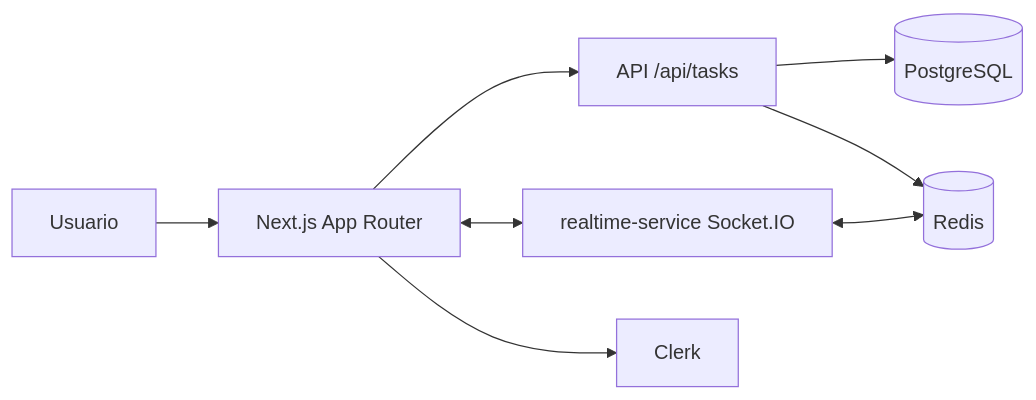
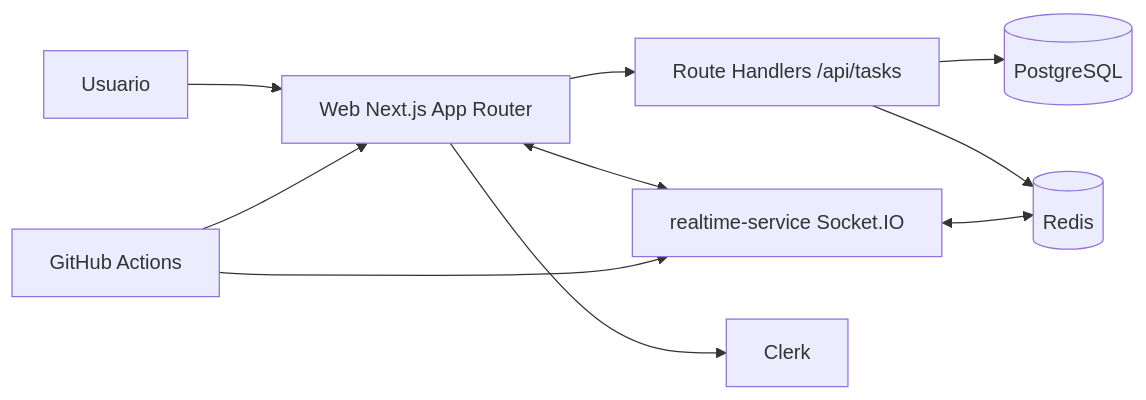
Before and after one commit to Articrafter93/2-pulseboard-kanban-linear: the diagram in README.md, drawn with Mermaid. The commit also changed other lines of this file and 18 other files, not shown here.

````diff
--- a/README.md
+++ b/README.md
@@ -19,10 +16,12 @@
 ```mermaid
 flowchart LR
-  U[Usuario] --> W[Next.js App Router]
-  W --> A[API /api/tasks]
-  A --> P[(PostgreSQL)]
-  A --> R[(Redis)]
-  W <--> S[realtime-service Socket.IO]
-  S <--> R
-  W --> C[Clerk]
+  U[Usuario] --> W[Web Next.js App Router]
+  W --> API[Route Handlers /api/tasks]
+  API --> PG[(PostgreSQL)]
+  API --> REDIS[(Redis)]
+  W <--> RT[realtime-service Socket.IO]
+  RT <--> REDIS
+  W --> AUTH[Clerk]
+  CI[GitHub Actions] --> W
+  CI --> RT
 ```
````
